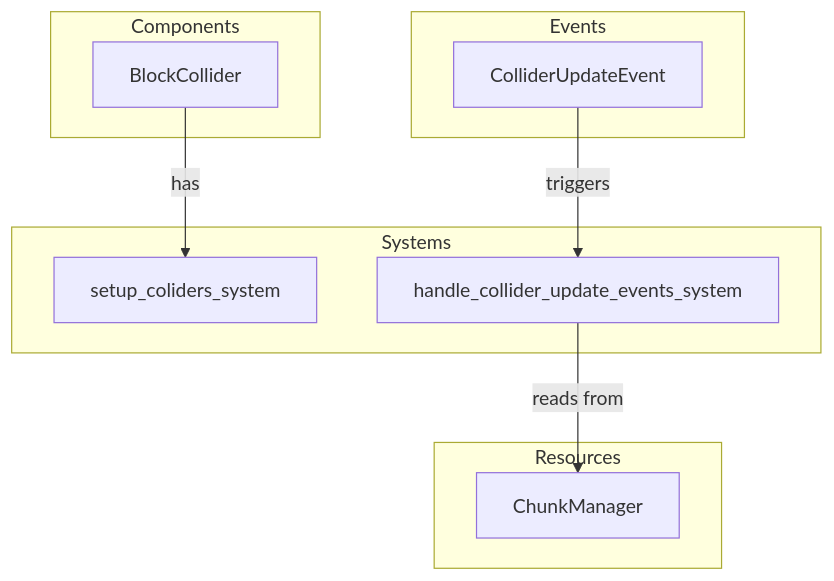
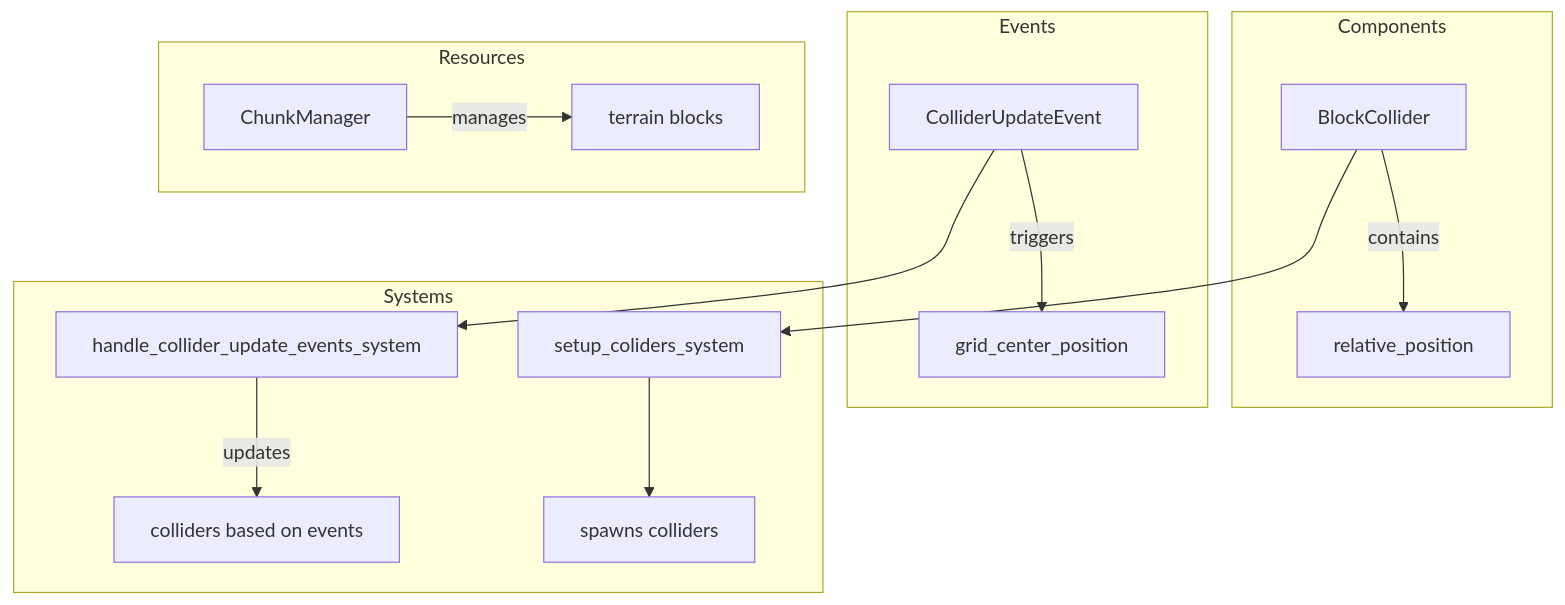
The diagram in docs/client/collider.md (CuddlyBunion341/rsmc), drawn with Mermaid before and after one commit. The commit also changed other lines of this file and 12 other files, not shown here.

````diff
--- a/docs/client/collider.md
+++ b/docs/client/collider.md
@@ -10,23 +9,19 @@
 ```mermaid
 graph TD
     subgraph Components
-        BlockCollider[BlockCollider]
+        A[BlockCollider] -->|contains| B[relative_position]
+    end
+    subgraph Events
+        C[ColliderUpdateEvent] -->|triggers| D[grid_center_position]
+    end
+    subgraph Systems
+        E[setup_coliders_system] --> F[spawns colliders]
+        G[handle_collider_update_events_system] -->|updates| H[colliders based on events]
+    end
+    subgraph Resources
+        I[ChunkManager] -->|manages| J[terrain blocks]
     end
 
-    subgraph Systems
-        SetupCollidersSystem[setup_coliders_system]
-        HandleColliderUpdateEventsSystem[handle_collider_update_events_system]
-    end
-
-    subgraph Events
-        ColliderUpdateEvent[ColliderUpdateEvent]
-    end
-
-    subgraph Resources
-        ChunkManager[ChunkManager]
-    end
-
-    BlockCollider -->|has| SetupCollidersSystem
-    ColliderUpdateEvent -->|triggers| HandleColliderUpdateEventsSystem
-    HandleColliderUpdateEventsSystem -->|reads from| ChunkManager
+    A --> E
+    C --> G
 ```
````
